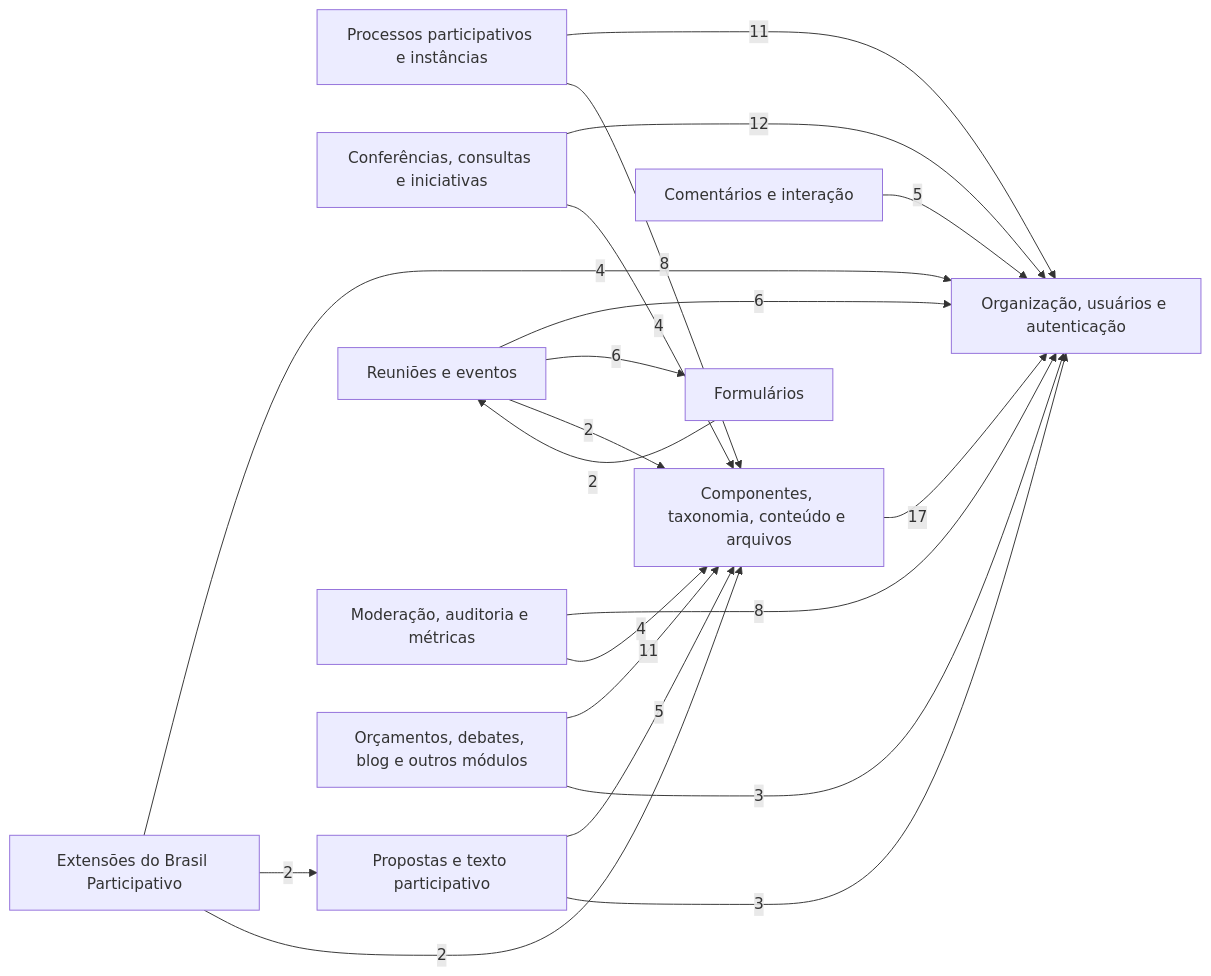
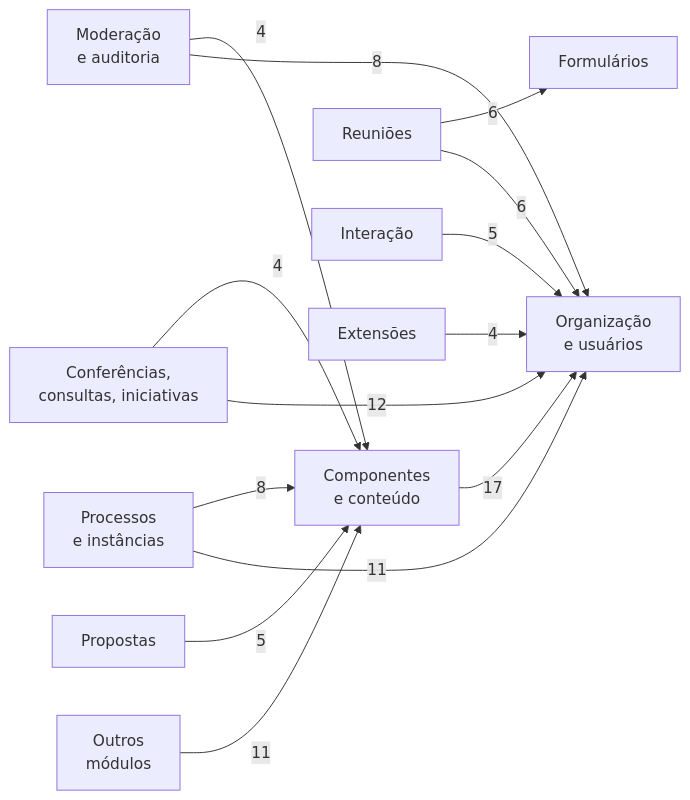
The diagram in docs/banco-de-dados/index.md (RochaCarla/doc-bp), drawn with Mermaid before and after one commit. The commit also changed other lines of this file and 44 other files, not shown here.

First line of the commit message:
feat: aba Estudos, e-book em PDF e diagramas legíveis

````diff
--- a/docs/banco-de-dados/index.md
+++ b/docs/banco-de-dados/index.md
@@ -125,33 +125,27 @@
 ```mermaid
 flowchart LR
-    D0["Organização, usuários e autenticação"]
-    D1["Processos participativos e instâncias"]
-    D2["Conferências, consultas e iniciativas"]
-    D3["Componentes, taxonomia, conteúdo e arquivos"]
-    D4["Propostas e texto participativo"]
-    D5["Reuniões e eventos"]
+    D0["Organização<br/>e usuários"]
+    D1["Processos<br/>e instâncias"]
+    D2["Conferências,<br/>consultas, iniciativas"]
+    D3["Componentes<br/>e conteúdo"]
+    D4["Propostas"]
+    D5["Reuniões"]
     D6["Formulários"]
-    D7["Comentários e interação"]
-    D8["Moderação, auditoria e métricas"]
-    D9["Orçamentos, debates, blog e outros módulos"]
-    D10["Extensões do Brasil Participativo"]
+    D7["Interação"]
+    D8["Moderação<br/>e auditoria"]
+    D9["Outros<br/>módulos"]
+    D10["Extensões"]
     D3 -->|17| D0
     D2 -->|12| D0
     D1 -->|11| D0
     D9 -->|11| D3
     D1 -->|8| D3
     D8 -->|8| D0
     D5 -->|6| D0
     D5 -->|6| D6
     D7 -->|5| D0
     D4 -->|5| D3
     D10 -->|4| D0
     D8 -->|4| D3
     D2 -->|4| D3
-    D4 -->|3| D0
-    D9 -->|3| D0
-    D6 -->|2| D5
-    D10 -->|2| D4
-    D10 -->|2| D3
-    D5 -->|2| D3
 ```
````
